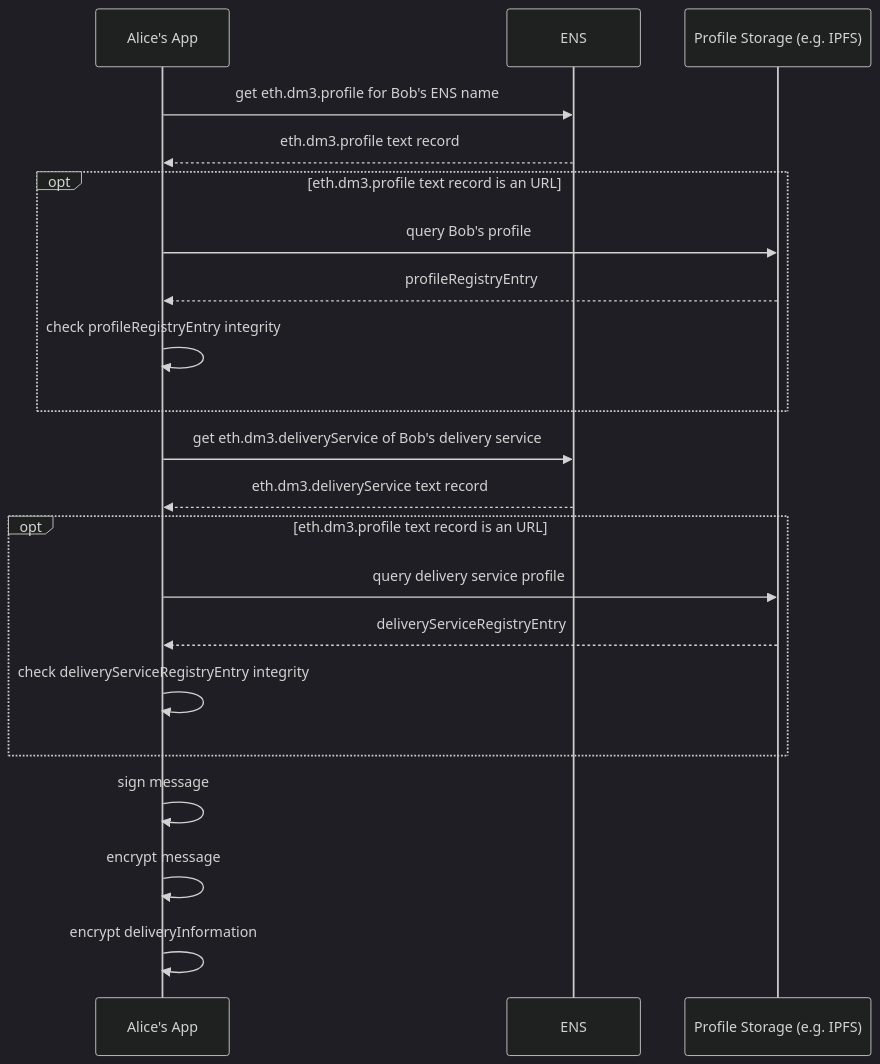
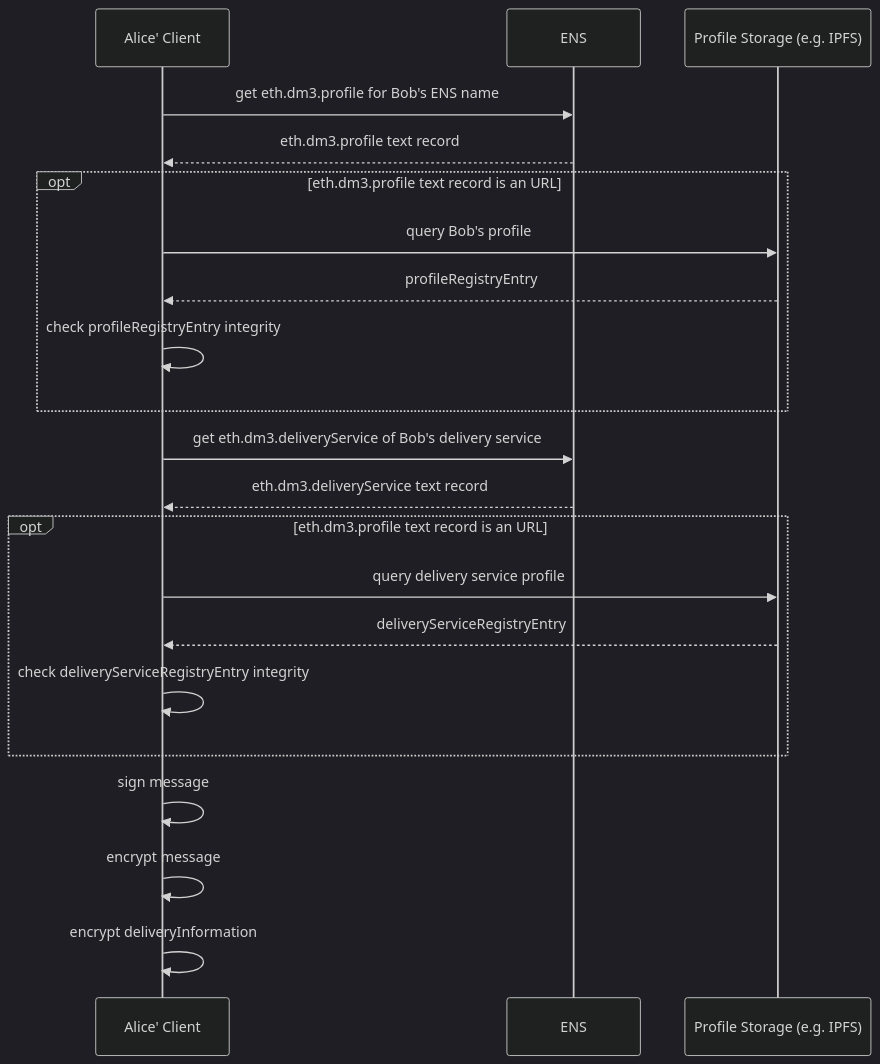
One commit to dm3-org/dm3-spec changed the first of 2 diagrams in specification/message-transport-protocol.md. Above: the diagram before and after it, drawn with Mermaid (dark theme). The commit also changed other lines of this file and 2 other files, not shown here.

````diff
--- a/specification/message-transport-protocol.md
+++ b/specification/message-transport-protocol.md
@@ -456,28 +429,27 @@
 ```mermaid
   sequenceDiagram
-   
-    participant AA as Alice's App
+
+    participant AA as Alice' Client
     participant E as ENS
     participant P as Profile Storage (e.g. IPFS)
   
     AA->>E: get eth.dm3.profile for Bob's ENS name
     E-->>AA: eth.dm3.profile text record
     opt eth.dm3.profile text record is an URL
       AA->>P: query Bob's profile
       P-->>AA: profileRegistryEntry
       AA->>AA: check profileRegistryEntry integrity
     end
     
     AA->>E: get eth.dm3.deliveryService of Bob's delivery service
     E-->>AA: eth.dm3.deliveryService text record
     opt eth.dm3.profile text record is an URL
       AA->>P: query delivery service profile 
       P-->>AA: deliveryServiceRegistryEntry
       AA->>AA: check deliveryServiceRegistryEntry integrity
     end
 
     AA->>AA: sign message
     AA->>AA: encrypt message
     AA->>AA: encrypt deliveryInformation
-    
 ```
````
